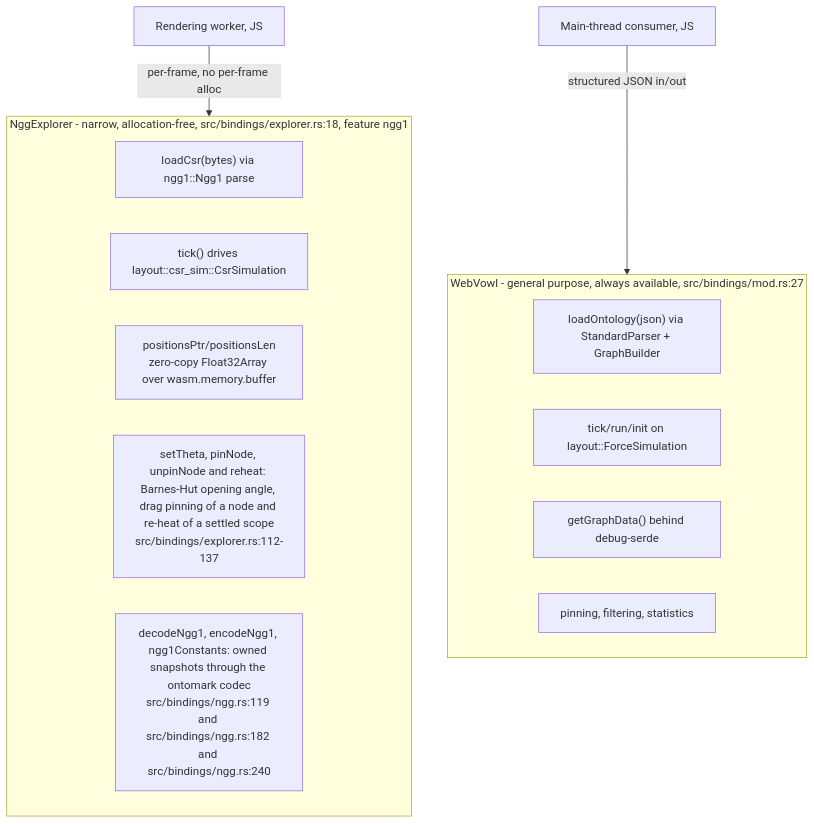
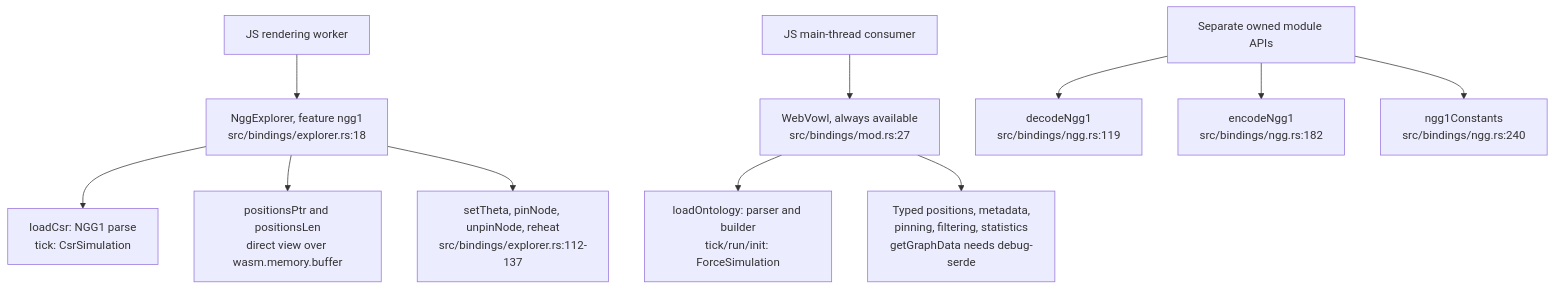
The fifth of 6 diagrams in docs/diagrams/vowl-wasm/01-crate-composition-and-wasm-boundary.md (DreamLab-AI/VisionFlow), drawn with Mermaid before and after one commit. The commit also changed other lines of this file and 35 other files, not shown here.

````diff
--- a/docs/diagrams/vowl-wasm/01-crate-composition-and-wasm-boundary.md
+++ b/docs/diagrams/vowl-wasm/01-crate-composition-and-wasm-boundary.md
@@ -106,18 +91,13 @@
 ```mermaid
 flowchart TB
-    subgraph WebVowl["WebVowl - general purpose, always available, src/bindings/mod.rs:27"]
-        WV1["loadOntology(json) via StandardParser + GraphBuilder"]
-        WV2["tick/run/init on layout::ForceSimulation"]
-        WV3["getGraphData() behind debug-serde"]
-        WV4["pinning, filtering, statistics"]
-    end
-    subgraph NggExplorer["NggExplorer - narrow, allocation-free, src/bindings/explorer.rs:18, feature ngg1"]
-        NG1["loadCsr(bytes) via ngg1::Ngg1 parse"]
-        NG2["tick() drives layout::csr_sim::CsrSimulation"]
-        NG3["positionsPtr/positionsLen<br/>zero-copy Float32Array over wasm.memory.buffer"]
-        NG4["setTheta, pinNode, unpinNode and reheat: Barnes-Hut opening angle, drag pinning of a node and re-heat of a settled scope<br/>src/bindings/explorer.rs:112-137"]
-        NG5["decodeNgg1, encodeNgg1, ngg1Constants: owned snapshots through the ontomark codec<br/>src/bindings/ngg.rs:119 and src/bindings/ngg.rs:182 and src/bindings/ngg.rs:240"]
-    end
-    Worker["Rendering worker, JS"] -->|"per-frame, no per-frame alloc"| NggExplorer
-    MainThread["Main-thread consumer, JS"] -->|"structured JSON in/out"| WebVowl
+    WORKER["JS rendering worker"] --> NG["NggExplorer, feature ngg1<br/>src/bindings/explorer.rs:18"]
+    NG --> LOAD["loadCsr: NGG1 parse<br/>tick: CsrSimulation"]
+    NG --> PTR["positionsPtr and positionsLen<br/>direct view over wasm.memory.buffer"]
+    NG --> TUNE["setTheta, pinNode, unpinNode, reheat<br/>src/bindings/explorer.rs:112-137"]
+    MAIN["JS main-thread consumer"] --> WV["WebVowl, always available<br/>src/bindings/mod.rs:27"]
+    WV --> JSON["loadOntology: parser and builder<br/>tick/run/init: ForceSimulation"]
+    WV --> STATE["Typed positions, metadata,<br/>pinning, filtering, statistics<br/>getGraphData needs debug-serde"]
+    OWNED["Separate owned module APIs"] --> DECODE["decodeNgg1<br/>src/bindings/ngg.rs:119"]
+    OWNED --> ENCODE["encodeNgg1<br/>src/bindings/ngg.rs:182"]
+    OWNED --> CONST["ngg1Constants<br/>src/bindings/ngg.rs:240"]
 ```
````
